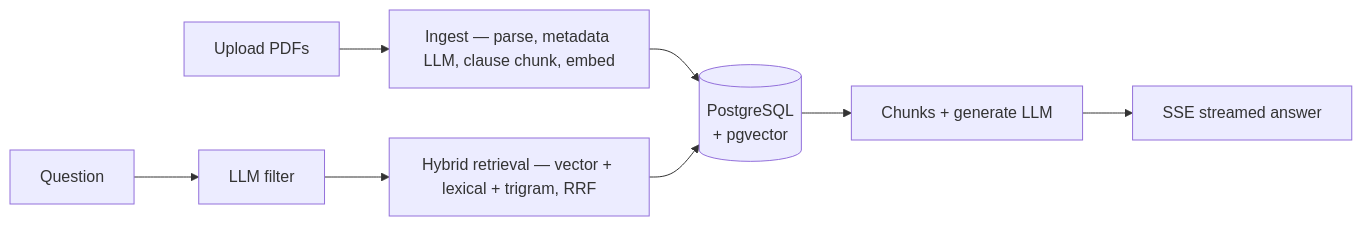
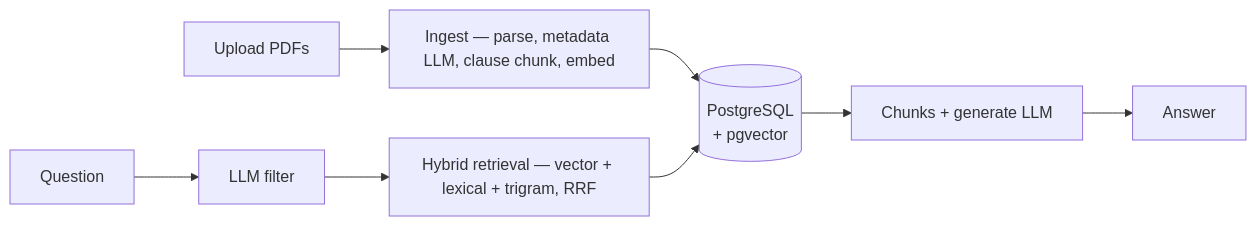
The diagram in README.md (amadeuserras/leaseclear), drawn with Mermaid before and after one commit. The commit also changed other lines of this file, not shown here.

````diff
--- a/README.md
+++ b/README.md
@@ -20,11 +18,11 @@
 ```mermaid
 flowchart LR
   UP["Upload PDFs"] --> ING["Ingest — parse, metadata LLM, clause chunk, embed"]
   ING --> DB[("PostgreSQL<br>+ pgvector")]
 
   SCOPE["Question"] --> FIL["LLM filter"]
   FIL --> RET["Hybrid retrieval — vector + lexical + trigram, RRF"]
   RET --> DB
   DB --> GEN["Chunks + generate LLM"]
-  GEN --> FE["SSE streamed answer"]
+  GEN --> FE["Answer"]
 ```
````
